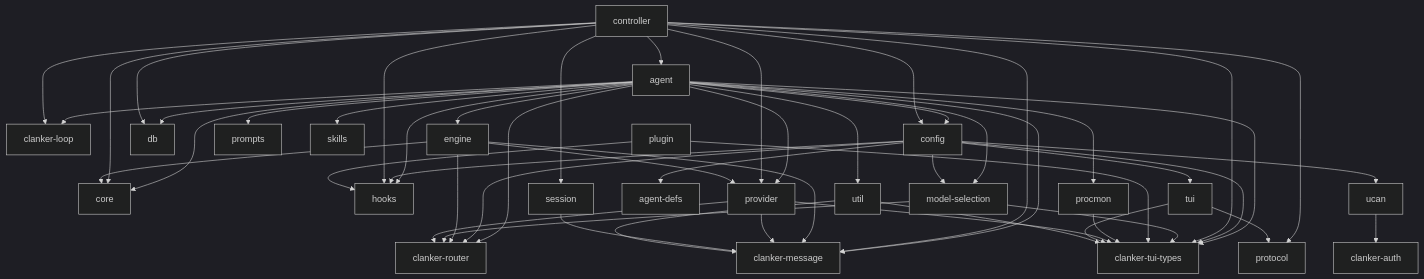
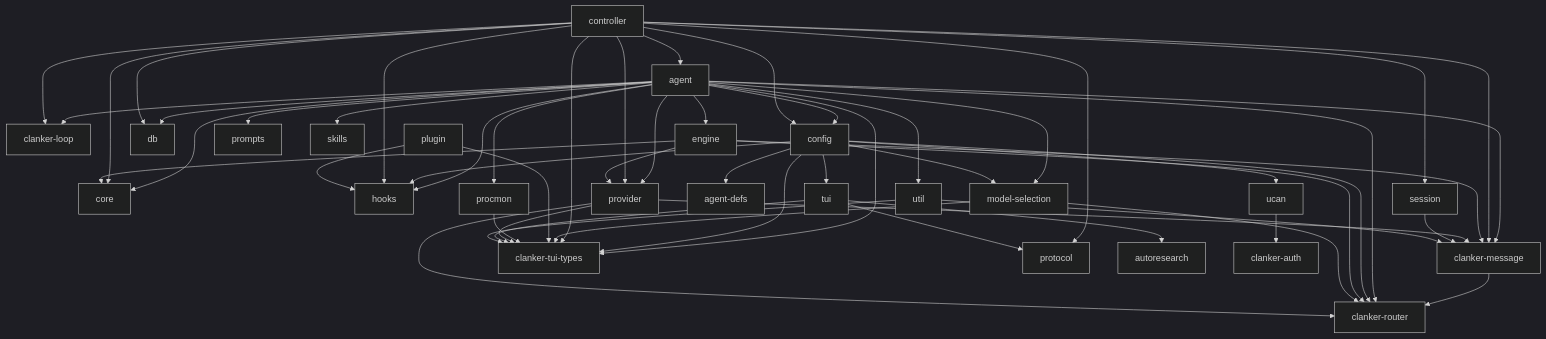
The diagram in docs/src/generated/architecture.md (brittonr/clankers), drawn with Mermaid (dark theme) before and after one commit. The commit also changed other lines of this file and 149 other files, not shown here.

````diff
--- a/docs/src/generated/architecture.md
+++ b/docs/src/generated/architecture.md
@@ -13,54 +13,56 @@
 ```mermaid
 graph TD
+    clanker-message --> clanker-router
     agent --> clanker-loop
     agent --> clanker-message
     agent --> clanker-router
     agent --> clanker-tui-types
     agent --> config
     agent --> core
     agent --> db
     agent --> engine
     agent --> hooks
     agent --> model-selection
     agent --> procmon
     agent --> prompts
     agent --> provider
     agent --> skills
     agent --> util
     config --> clanker-router
     config --> clanker-tui-types
     config --> agent-defs
     config --> hooks
     config --> model-selection
     config --> tui
     config --> ucan
     controller --> clanker-loop
     controller --> clanker-message
     controller --> clanker-tui-types
     controller --> agent
     controller --> config
     controller --> core
     controller --> db
     controller --> hooks
     controller --> protocol
     controller --> provider
     controller --> session
     engine --> clanker-message
     engine --> clanker-router
     engine --> core
     engine --> provider
     model-selection --> clanker-router
     model-selection --> clanker-tui-types
     plugin --> clanker-tui-types
     plugin --> hooks
     procmon --> clanker-tui-types
     provider --> clanker-message
     provider --> clanker-router
     provider --> clanker-tui-types
     session --> clanker-message
     tui --> clanker-tui-types
+    tui --> autoresearch
     tui --> protocol
     ucan --> clanker-auth
     util --> clanker-message
     util --> clanker-tui-types
 ```
````
